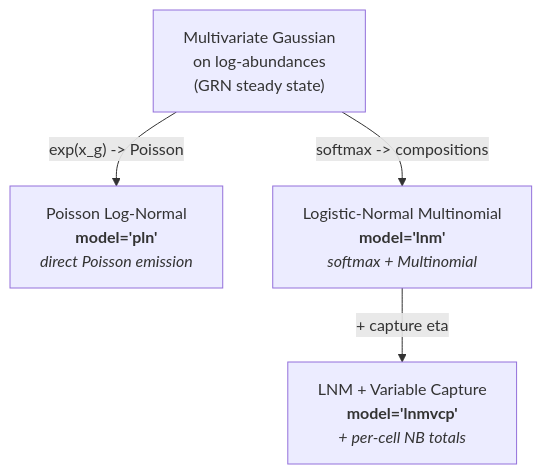
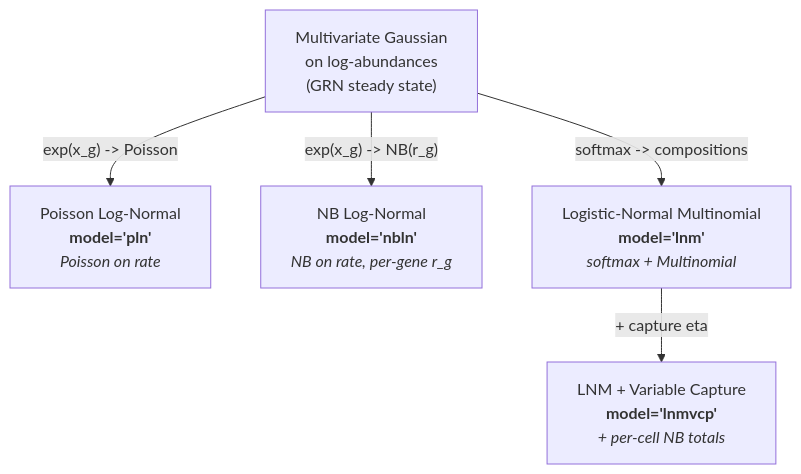
Before and after one commit to mrazomej/scribe: the third of 3 diagrams in docs/guide/model-selection.md, drawn with Mermaid. The commit also changed other lines of this file and 5 other files, not shown here.

````diff
--- a/docs/guide/model-selection.md
+++ b/docs/guide/model-selection.md
@@ -268,11 +268,13 @@
 ```mermaid
 graph TD
     GRN["Multivariate Gaussian<br/>on log-abundances<br/>(GRN steady state)"]
-    PLN["Poisson Log-Normal<br/><b>model='pln'</b><br/><i>direct Poisson emission</i>"]
+    PLN["Poisson Log-Normal<br/><b>model='pln'</b><br/><i>Poisson on rate</i>"]
+    NBLN["NB Log-Normal<br/><b>model='nbln'</b><br/><i>NB on rate, per-gene r_g</i>"]
     LNM["Logistic-Normal Multinomial<br/><b>model='lnm'</b><br/><i>softmax + Multinomial</i>"]
     LNMVCP["LNM + Variable Capture<br/><b>model='lnmvcp'</b><br/><i>+ per-cell NB totals</i>"]
 
     GRN -->|"exp(x_g) -> Poisson"| PLN
+    GRN -->|"exp(x_g) -> NB(r_g)"| NBLN
     GRN -->|"softmax -> compositions"| LNM
     LNM -->|"+ capture eta"| LNMVCP
 ```
````
